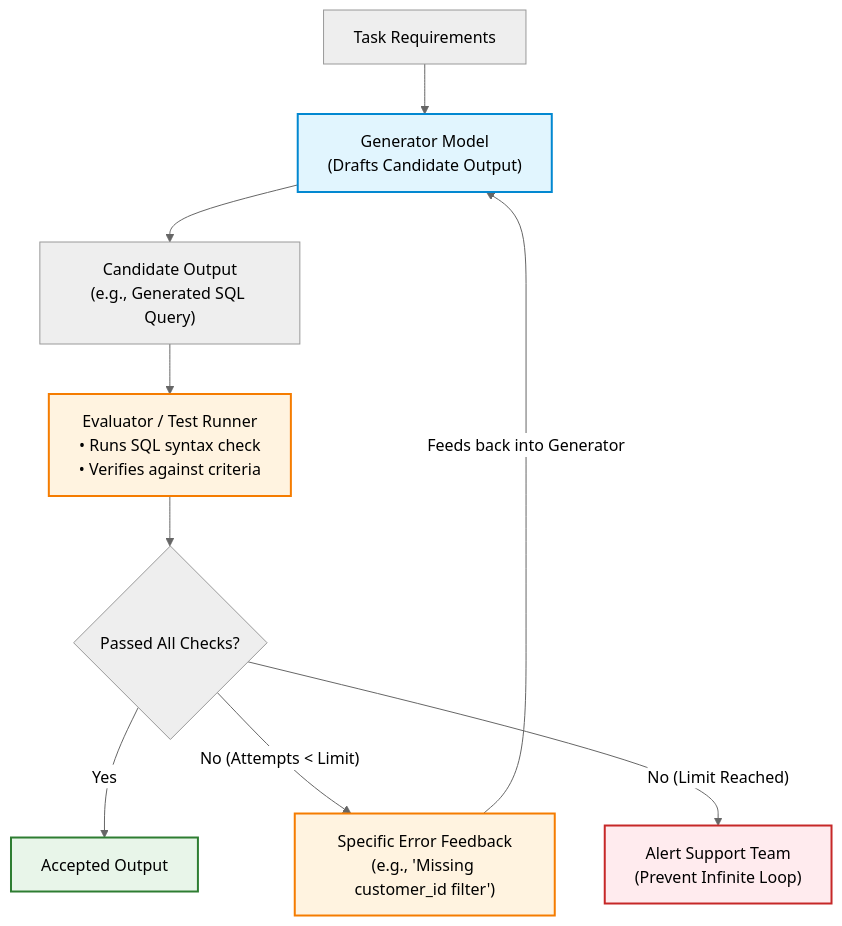
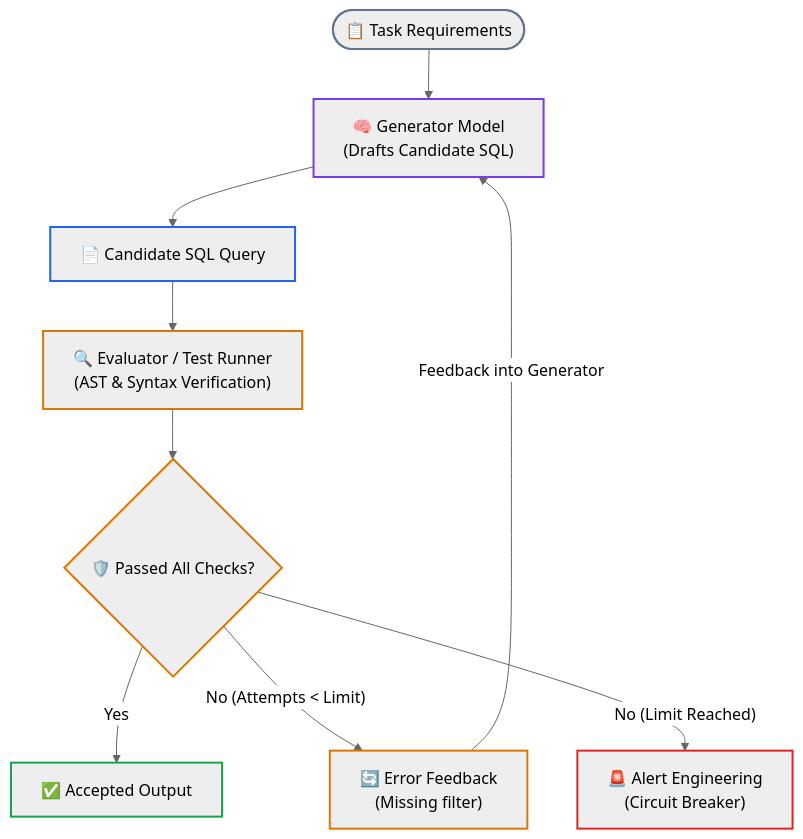
Before and after one commit to dip4k/senior-engineer-to-ai-engineer-roadmap: the ninth of 9 diagrams in 04-agentic-systems-and-orchestration/01-workflows-vs-agents-and-orchestration-patterns.md, drawn with Mermaid (neutral theme). The commit also changed other lines of this file and 94 other files, not shown here.

Commit message:
refactor(curriculum): complete Phase 04 upgrade and enforce diagram renderer invariants

````diff
--- a/04-agentic-systems-and-orchestration/01-workflows-vs-agents-and-orchestration-patterns.md
+++ b/04-agentic-systems-and-orchestration/01-workflows-vs-agents-and-orchestration-patterns.md
@@ -292,20 +360,24 @@
 ```mermaid
 flowchart TD
-    classDef gen fill:#e1f5fe,stroke:#0288d1,stroke-width:2px;
-    classDef eval fill:#fff3e0,stroke:#f57c00,stroke-width:2px;
-    classDef term fill:#e8f5e9,stroke:#2e7d32,stroke-width:2px;
-    classDef alert fill:#ffebee,stroke:#c62828,stroke-width:2px;
+    Task(["📋 Task Requirements"]) --> Gen["🧠 Generator Model<br>(Drafts Candidate SQL)"]
+    Gen --> Cand["📄 Candidate SQL Query"]
+    
+    Cand --> Eval["🔍 Evaluator / Test Runner<br>(AST & Syntax Verification)"]
+    
+    Eval --> Check{"🛡️ Passed All Checks?"}
+    
+    Check -- "Yes" --> Accepted["✅ Accepted Output"]
+    Check -- "No (Attempts < Limit)" --> Feedback["🔄 Error Feedback<br>(Missing filter)"]
+    
+    Feedback -->|"Feedback into Generator"| Gen
+    Check -- "No (Limit Reached)" --> Alert["🚨 Alert Engineering<br>(Circuit Breaker)"]
 
-    Task["Task Requirements"] --> Gen["Generator Model\n(Drafts Candidate Output)"]:::gen
-    Gen --> Cand["Candidate Output\n(e.g., Generated SQL Query)"]
-    
-    Cand --> Eval["Evaluator / Test Runner\n• Runs SQL syntax check\n• Verifies against criteria"]:::eval
-    
-    Eval --> Check{"Passed All Checks?"}
-    
-    Check -- "Yes" --> Accepted["Accepted Output"]:::term
-    Check -- "No (Attempts < Limit)" --> Feedback["Specific Error Feedback\n(e.g., 'Missing customer_id filter')"]:::eval
-    
-    Feedback -->|"Feeds back into Generator"| Gen
-    Check -- "No (Limit Reached)" --> Alert["Alert Support Team\n(Prevent Infinite Loop)"]:::alert
+    style Task stroke:#64748b,stroke-width:2px
+    style Gen stroke:#7c3aed,stroke-width:2px
+    style Cand stroke:#2563eb,stroke-width:2px
+    style Eval stroke:#d97706,stroke-width:2px
+    style Check stroke:#d97706,stroke-width:2px
+    style Accepted stroke:#16a34a,stroke-width:2px
+    style Feedback stroke:#d97706,stroke-width:2px
+    style Alert stroke:#dc2626,stroke-width:2px
 ```
````
